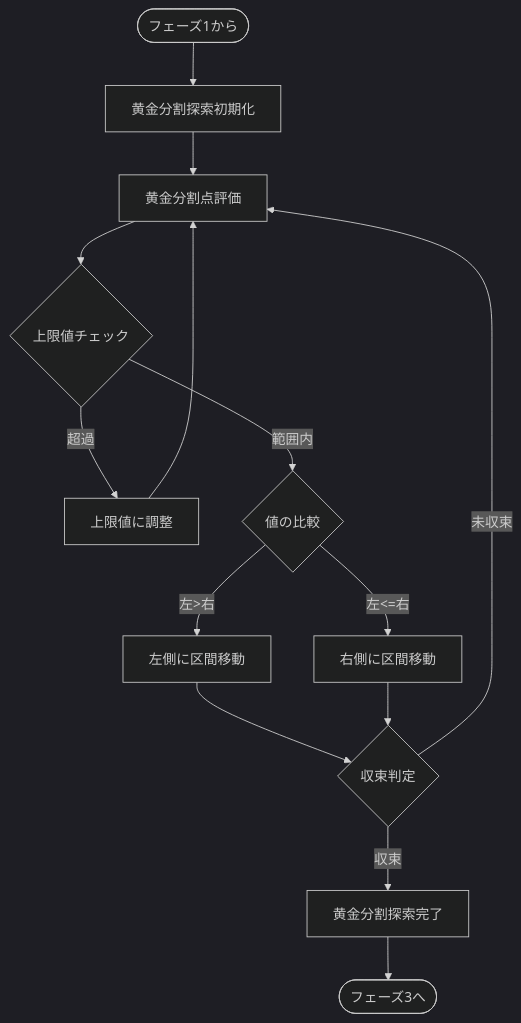
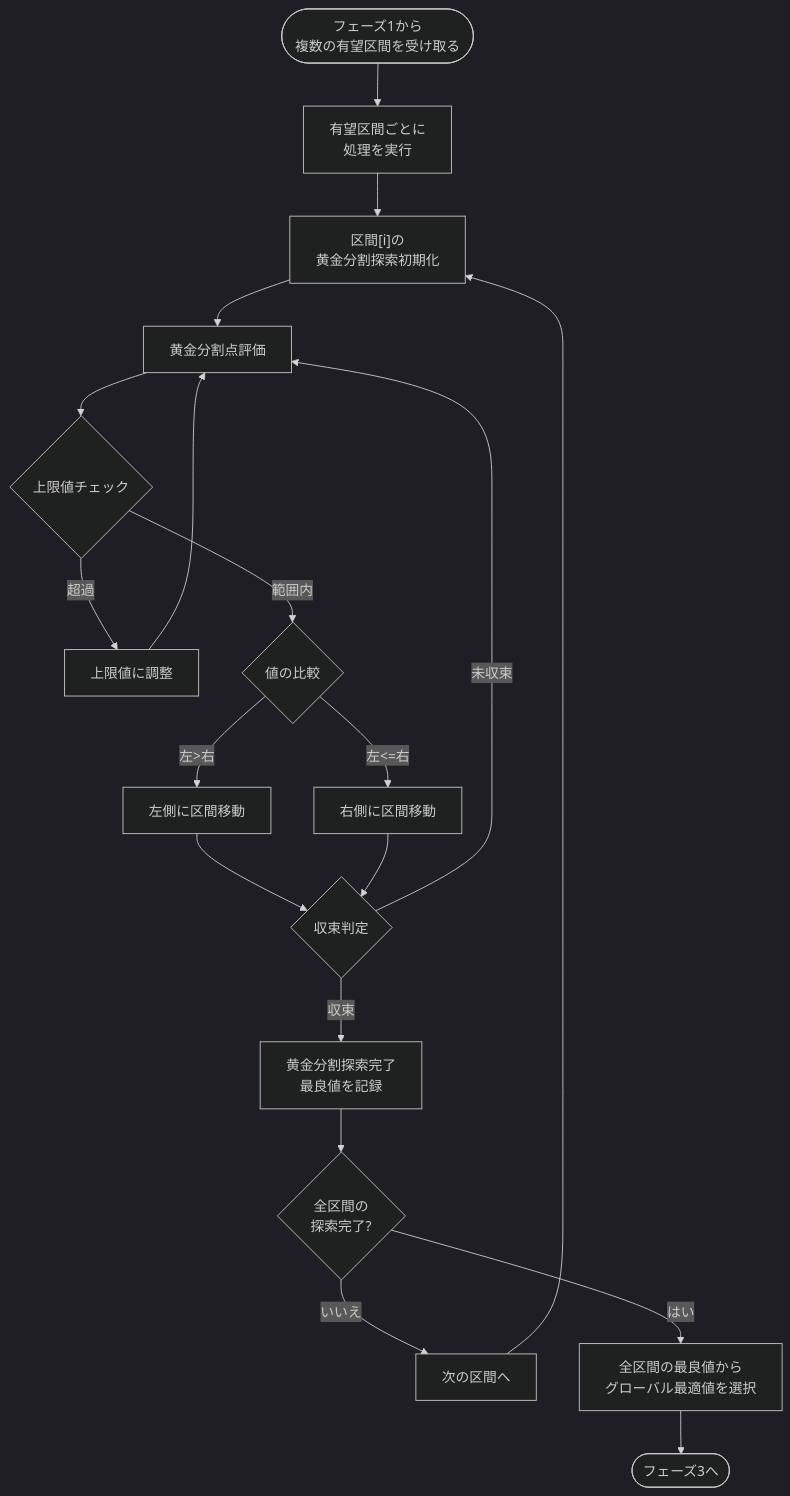
One commit to fathens/zaciraci changed the first of 2 diagrams in diagram/optimization_algorithm_phase2.md. Above: the diagram before and after it, drawn with Mermaid (dark theme). The commit also changed other lines of this file, not shown here.

````diff
--- a/diagram/optimization_algorithm_phase2.md
+++ b/diagram/optimization_algorithm_phase2.md
@@ -7,21 +7,28 @@
 ```mermaid
 graph TD
-    A(["フェーズ1から"]) --> B["黄金分割探索初期化"]
-    B --> C["黄金分割点評価"]
+    A(["フェーズ1から<br>複数の有望区間を受け取る"]) --> B["有望区間ごとに<br>処理を実行"]
     
-    C --> D{"上限値チェック"}
-    D -->|"超過"| E["上限値に調整"]
-    E --> C
-    D -->|"範囲内"| F{"値の比較"}
+    B --> C["区間[i]の<br>黄金分割探索初期化"]
+    C --> D["黄金分割点評価"]
     
-    F -->|"左>右"| G["左側に区間移動"]
-    F -->|"左<=右"| H["右側に区間移動"]
+    D --> E{"上限値チェック"}
+    E -->|"超過"| F["上限値に調整"]
+    F --> D
+    E -->|"範囲内"| G{"値の比較"}
     
-    G --> I{"収束判定"}
-    H --> I
+    G -->|"左>右"| H["左側に区間移動"]
+    G -->|"左<=右"| I["右側に区間移動"]
     
-    I -->|"未収束"| C
-    I -->|"収束"| J["黄金分割探索完了"]
+    H --> J{"収束判定"}
+    I --> J
     
-    J --> K(["フェーズ3へ"])
+    J -->|"未収束"| D
+    J -->|"収束"| K["黄金分割探索完了<br>最良値を記録"]
+    
+    K --> L{"全区間の<br>探索完了?"}
+    L -->|"いいえ"| M["次の区間へ"]
+    M --> C
+    
+    L -->|"はい"| N["全区間の最良値から<br>グローバル最適値を選択"]
+    N --> O(["フェーズ3へ"])
 ```
````
